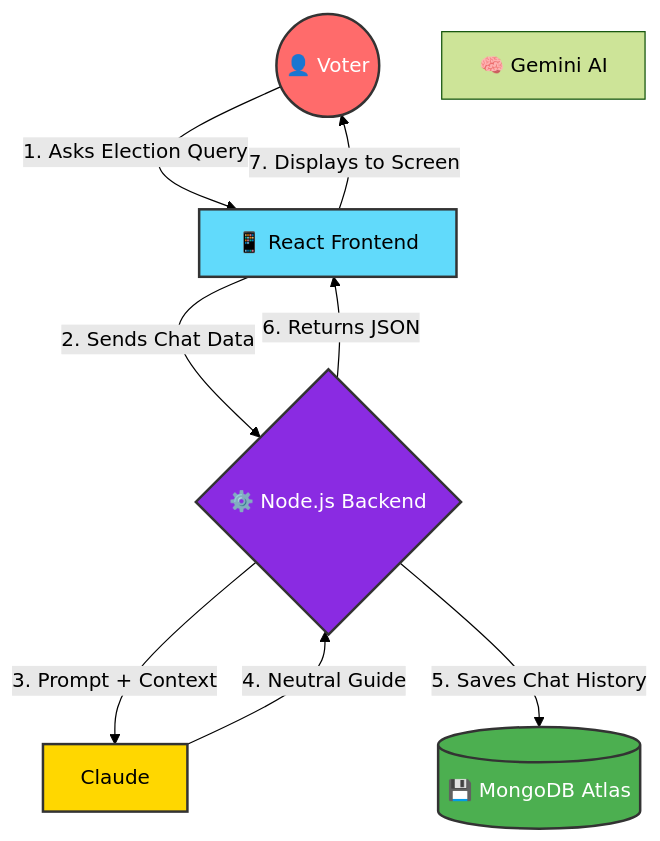
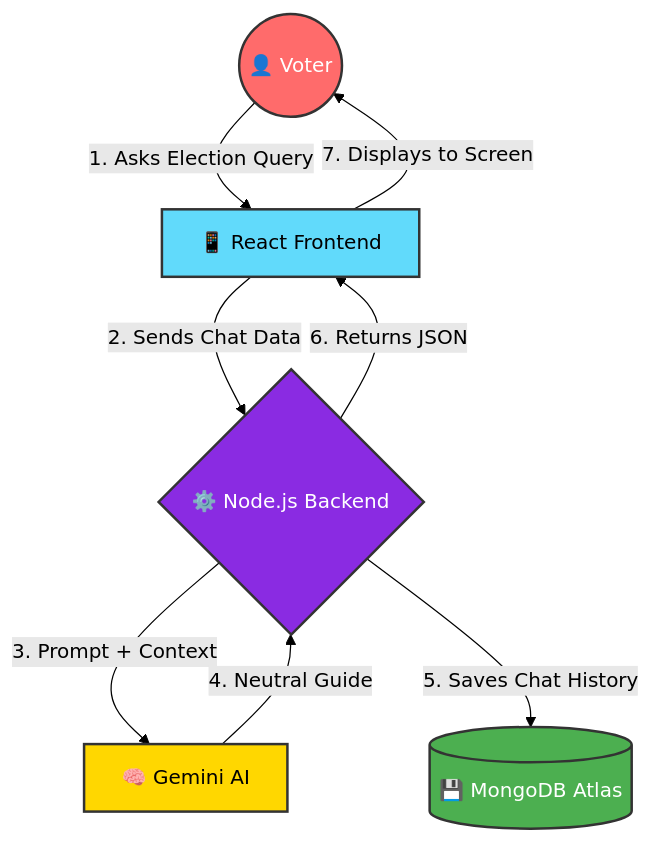
Before and after one commit to jp7107/AI.Assistant_ElectionGuide: the diagram in README.md, drawn with Mermaid (forest theme). The commit also changed other lines of this file, not shown here.

````diff
--- a/README.md
+++ b/README.md
@@ -49,31 +49,31 @@
 ```mermaid
 graph TD
     %% Flowchart Nodes
     User(("👤 Voter"))
     UI["📱 React Frontend"]
     Server{"⚙️ Node.js Backend"}
     GEMINI["🧠 Gemini AI"]
     Mongo[("💾 MongoDB Atlas")]
 
     %% Connections
     User -- "1. Asks Election Query" --> UI
     UI -- "2. Sends Chat Data" --> Server
-    Server -- "3. Prompt + Context" --> Claude
-    Claude -- "4. Neutral Guide" --> Server
+    Server -- "3. Prompt + Context" --> GEMINI
+    GEMINI -- "4. Neutral Guide" --> Server
     Server -- "5. Saves Chat History" --> Mongo
     Server -- "6. Returns JSON" --> UI
     UI -- "7. Displays to Screen" --> User
 
     %% Node Styling (More Compatible Syntax)
     classDef user fill:#FF6B6B,stroke:#333,stroke-width:2px,color:#fff;
     classDef frontend fill:#61DAFB,stroke:#333,stroke-width:2px,color:#000;
     classDef backend fill:#8A2BE2,stroke:#333,stroke-width:2px,color:#fff;
     classDef api fill:#FFD700,stroke:#333,stroke-width:2px,color:#000;
     classDef database fill:#4CAF50,stroke:#333,stroke-width:2px,color:#fff;
 
     class User user;
     class UI frontend;
     class Server backend;
-    class Claude api;
+    class GEMINI api;
     class Mongo database;
 ```
````
